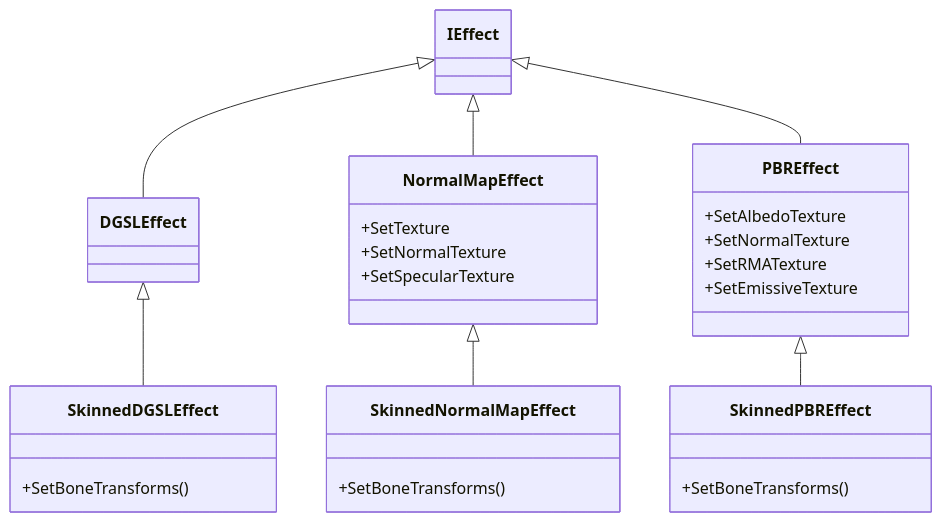
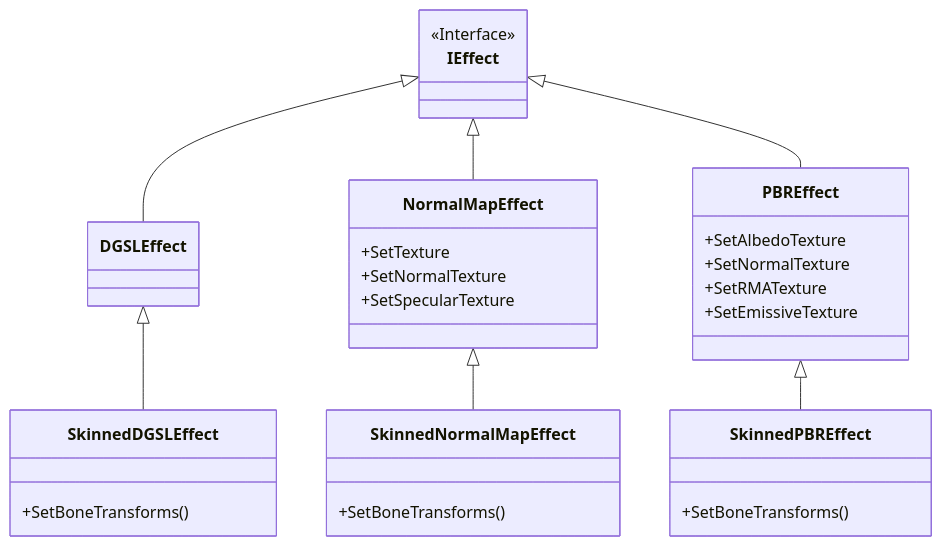
The second of 2 diagrams in Effects.md (neogrammer/Wiki), drawn with Mermaid before and after one commit. The commit also changed other lines of this file, not shown here.

Commit message:
Updated Effects (markdown)

````diff
--- a/Effects.md
+++ b/Effects.md
@@ -71,31 +72,32 @@
 ```mermaid
 classDiagram
 class IEffect
+<<Interface>>  IEffect
 class DGSLEffect
 IEffect <|-- DGSLEffect
 class SkinnedDGSLEffect{
     +SetBoneTransforms()
 }
 DGSLEffect<|-- SkinnedDGSLEffect
 class NormalMapEffect{
     +SetTexture
     +SetNormalTexture
     +SetSpecularTexture
 }
 IEffect <|-- NormalMapEffect
 class SkinnedNormalMapEffect{
     +SetBoneTransforms()
 }
 NormalMapEffect <|-- SkinnedNormalMapEffect
 class PBREffect{
     +SetAlbedoTexture
     +SetNormalTexture
     +SetRMATexture
     +SetEmissiveTexture
 }
 IEffect <|-- PBREffect
 class SkinnedPBREffect{
     +SetBoneTransforms()
 }
 PBREffect <|-- SkinnedPBREffect
 ```
````
